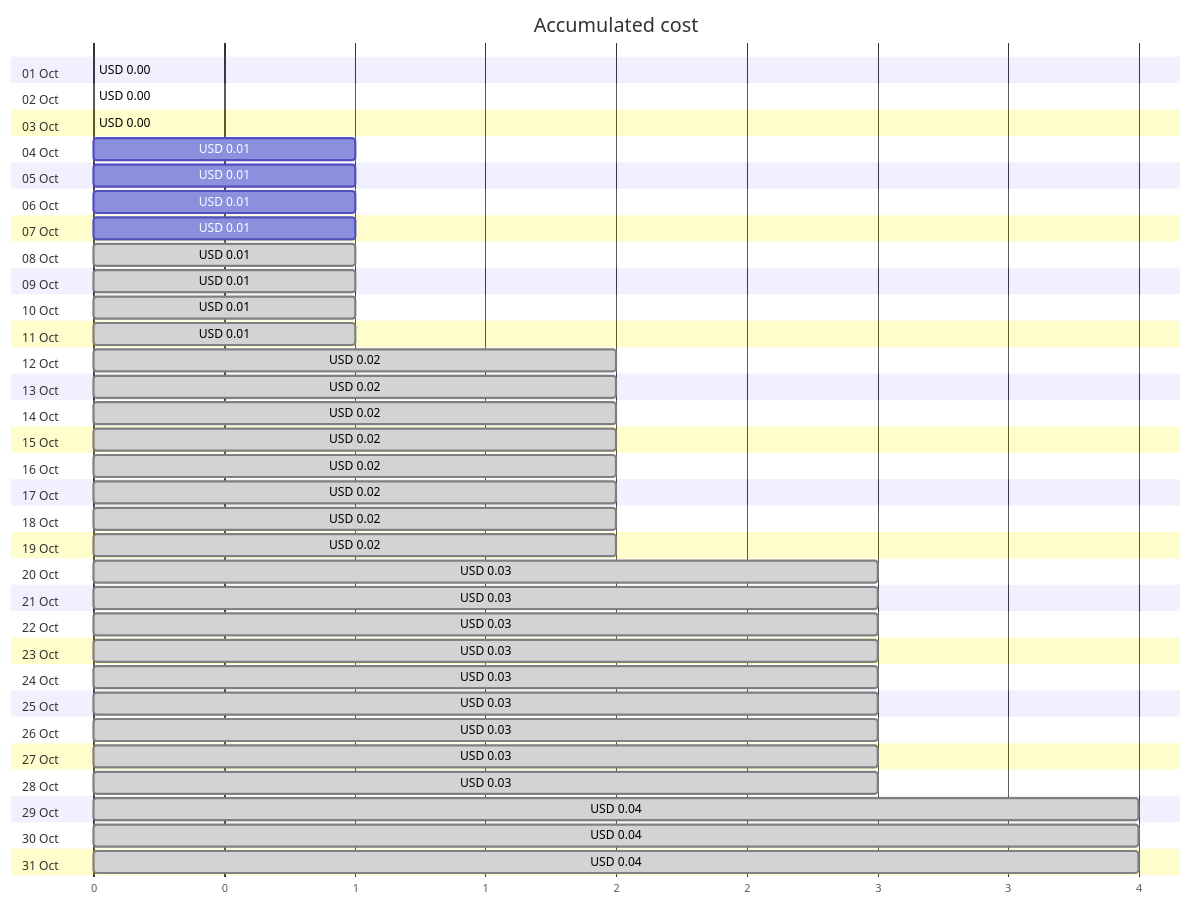
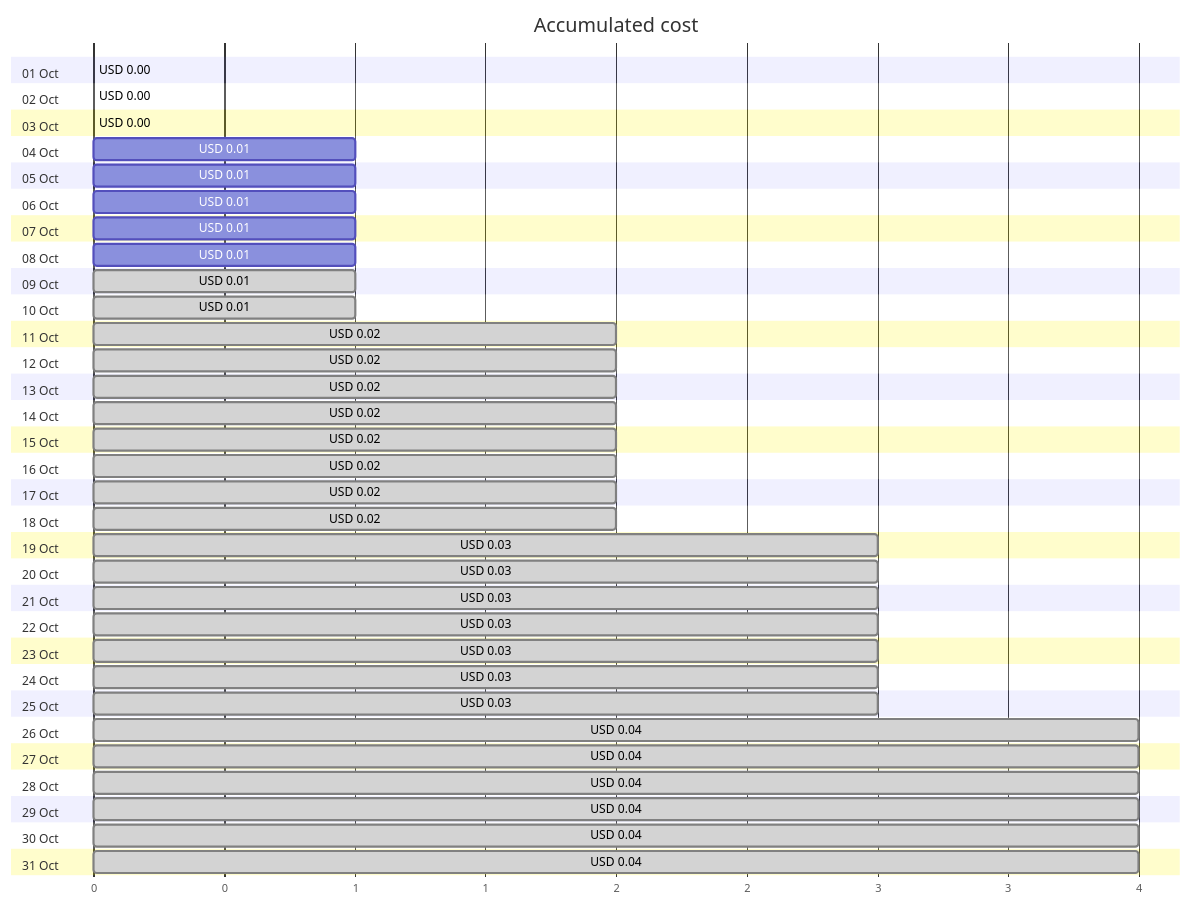
Before and after one commit to jpfulton/azure-personal-reports: the first of 4 diagrams in cost-reports/personal-site/personalsiteapistorage.md, drawn with Mermaid. The commit also changed other lines of this file and 7 other files, not shown here.

````diff
--- a/cost-reports/personal-site/personalsiteapistorage.md
+++ b/cost-reports/personal-site/personalsiteapistorage.md
@@ -20,68 +20,68 @@
 ```mermaid
 gantt
    title Accumulated cost
    dateFormat  X
    axisFormat %s
    section 01 Oct
    USD 0.00 :0, 0
    section 02 Oct
    USD 0.00 :0, 0
    section 03 Oct
    USD 0.00 :0, 0
    section 04 Oct
    USD 0.01 :0, 1
    section 05 Oct
    USD 0.01 :0, 1
    section 06 Oct
    USD 0.01 :0, 1
    section 07 Oct
    USD 0.01 :0, 1
    section 08 Oct
-   USD 0.01 : done, 0, 1
+   USD 0.01 :0, 1
    section 09 Oct
    USD 0.01 : done, 0, 1
    section 10 Oct
    USD 0.01 : done, 0, 1
    section 11 Oct
-   USD 0.01 : done, 0, 1
+   USD 0.02 : done, 0, 2
    section 12 Oct
    USD 0.02 : done, 0, 2
    section 13 Oct
    USD 0.02 : done, 0, 2
    section 14 Oct
    USD 0.02 : done, 0, 2
    section 15 Oct
    USD 0.02 : done, 0, 2
    section 16 Oct
    USD 0.02 : done, 0, 2
    section 17 Oct
    USD 0.02 : done, 0, 2
    section 18 Oct
    USD 0.02 : done, 0, 2
    section 19 Oct
-   USD 0.02 : done, 0, 2
+   USD 0.03 : done, 0, 3
    section 20 Oct
    USD 0.03 : done, 0, 3
    section 21 Oct
    USD 0.03 : done, 0, 3
    section 22 Oct
    USD 0.03 : done, 0, 3
    section 23 Oct
    USD 0.03 : done, 0, 3
    section 24 Oct
    USD 0.03 : done, 0, 3
    section 25 Oct
    USD 0.03 : done, 0, 3
    section 26 Oct
-   USD 0.03 : done, 0, 3
+   USD 0.04 : done, 0, 4
    section 27 Oct
-   USD 0.03 : done, 0, 3
+   USD 0.04 : done, 0, 4
    section 28 Oct
-   USD 0.03 : done, 0, 3
+   USD 0.04 : done, 0, 4
    section 29 Oct
    USD 0.04 : done, 0, 4
    section 30 Oct
    USD 0.04 : done, 0, 4
    section 31 Oct
    USD 0.04 : done, 0, 4
 ```
````
